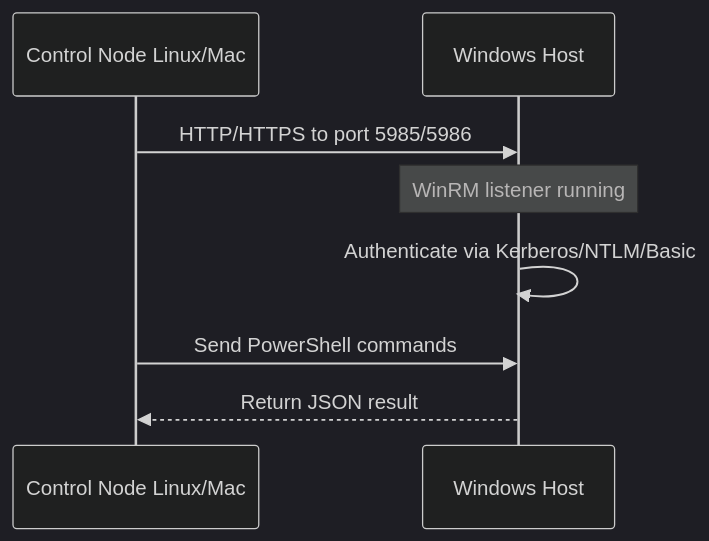
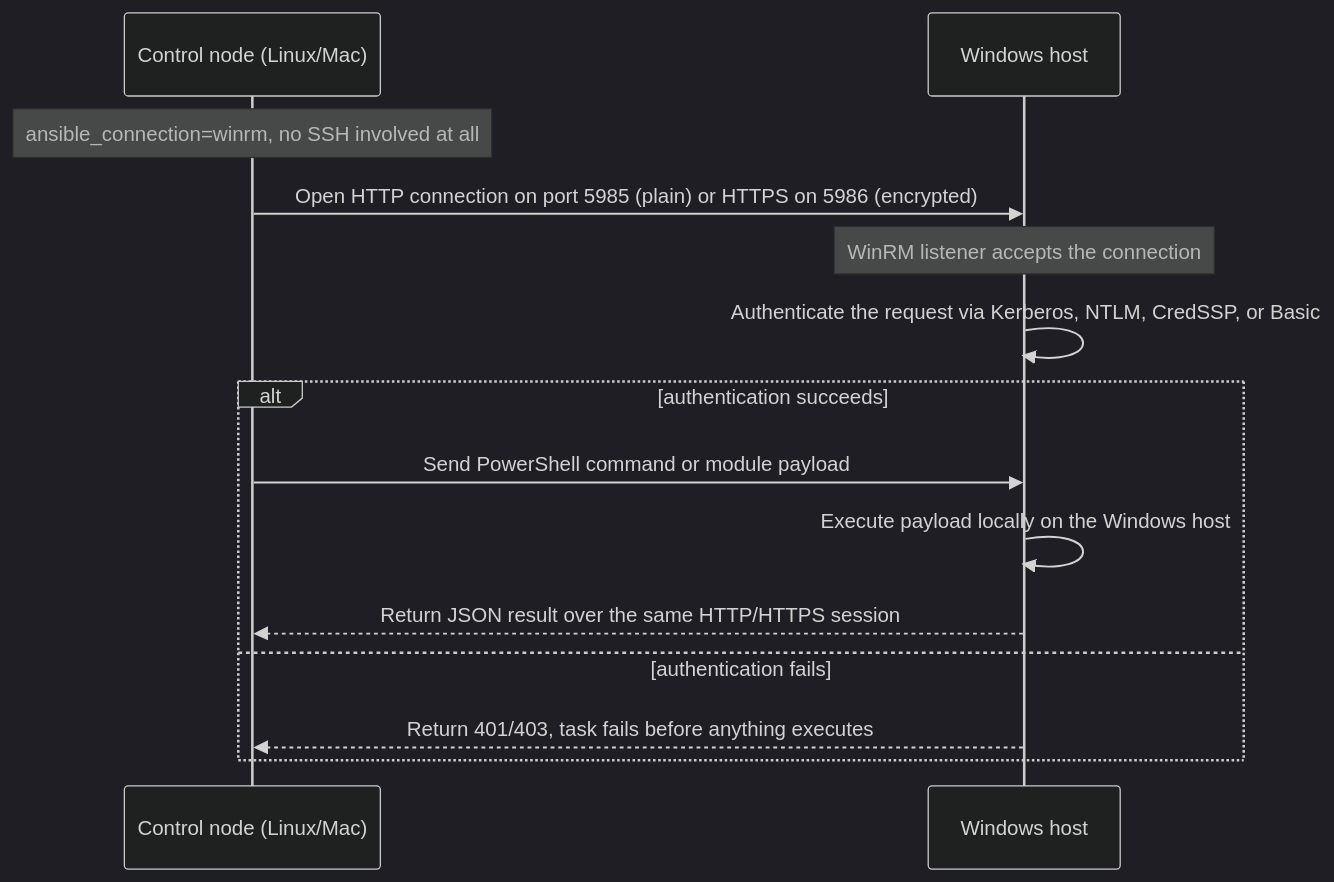
Before and after one commit to deepanshu-rawat6/DevOpsIndex: the third of 3 diagrams in iac/ansible/advanced.md, drawn with Mermaid (dark theme). The commit also changed other lines of this file and 17 other files, not shown here.

````diff
--- a/iac/ansible/advanced.md
+++ b/iac/ansible/advanced.md
@@ -775,11 +976,17 @@
 ```mermaid
 sequenceDiagram
-    participant C as Control Node Linux/Mac
-    participant W as Windows Host
+    participant C as Control node (Linux/Mac)
+    participant W as Windows host
 
-    C->>W: HTTP/HTTPS to port 5985/5986
-    Note over W: WinRM listener running
-    W->>W: Authenticate via Kerberos/NTLM/Basic
-    C->>W: Send PowerShell commands
-    W-->>C: Return JSON result
+    Note over C: ansible_connection=winrm, no SSH involved at all
+    C->>W: Open HTTP connection on port 5985 (plain) or HTTPS on 5986 (encrypted)
+    Note over W: WinRM listener accepts the connection
+    W->>W: Authenticate the request via Kerberos, NTLM, CredSSP, or Basic
+    alt authentication succeeds
+        C->>W: Send PowerShell command or module payload
+        W->>W: Execute payload locally on the Windows host
+        W-->>C: Return JSON result over the same HTTP/HTTPS session
+    else authentication fails
+        W-->>C: Return 401/403, task fails before anything executes
+    end
 ```
````
